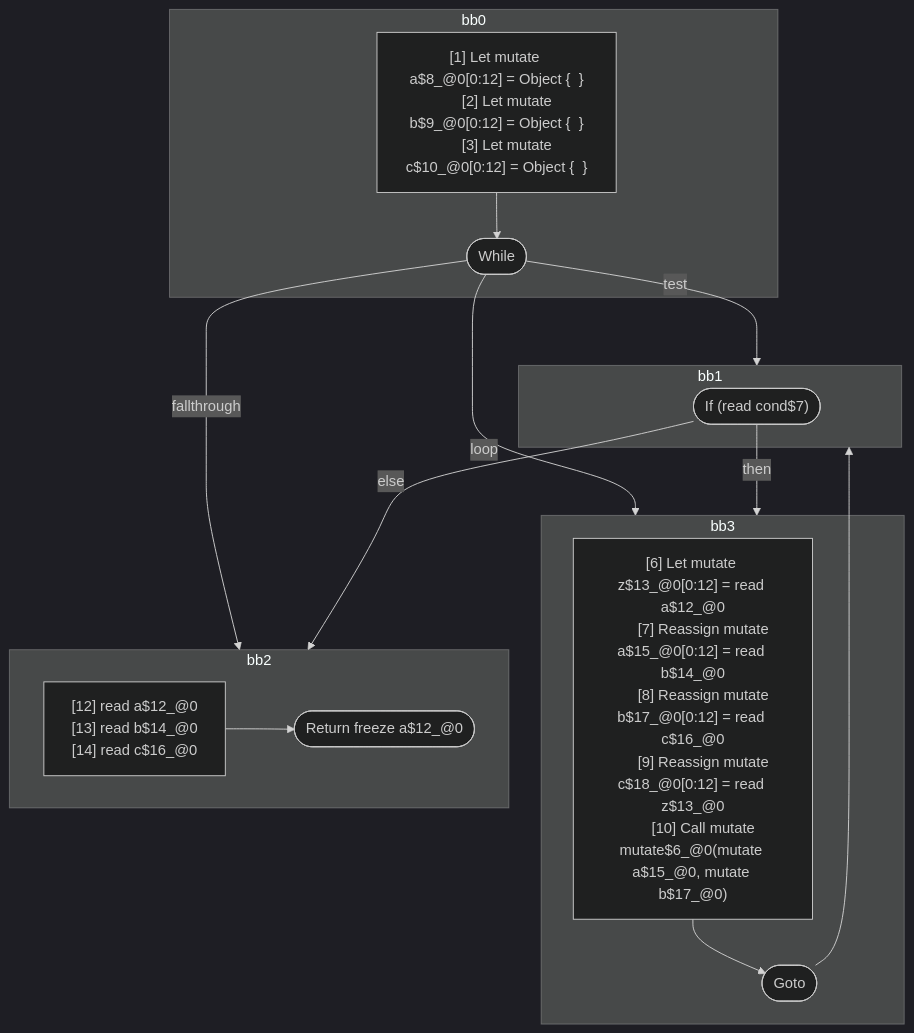
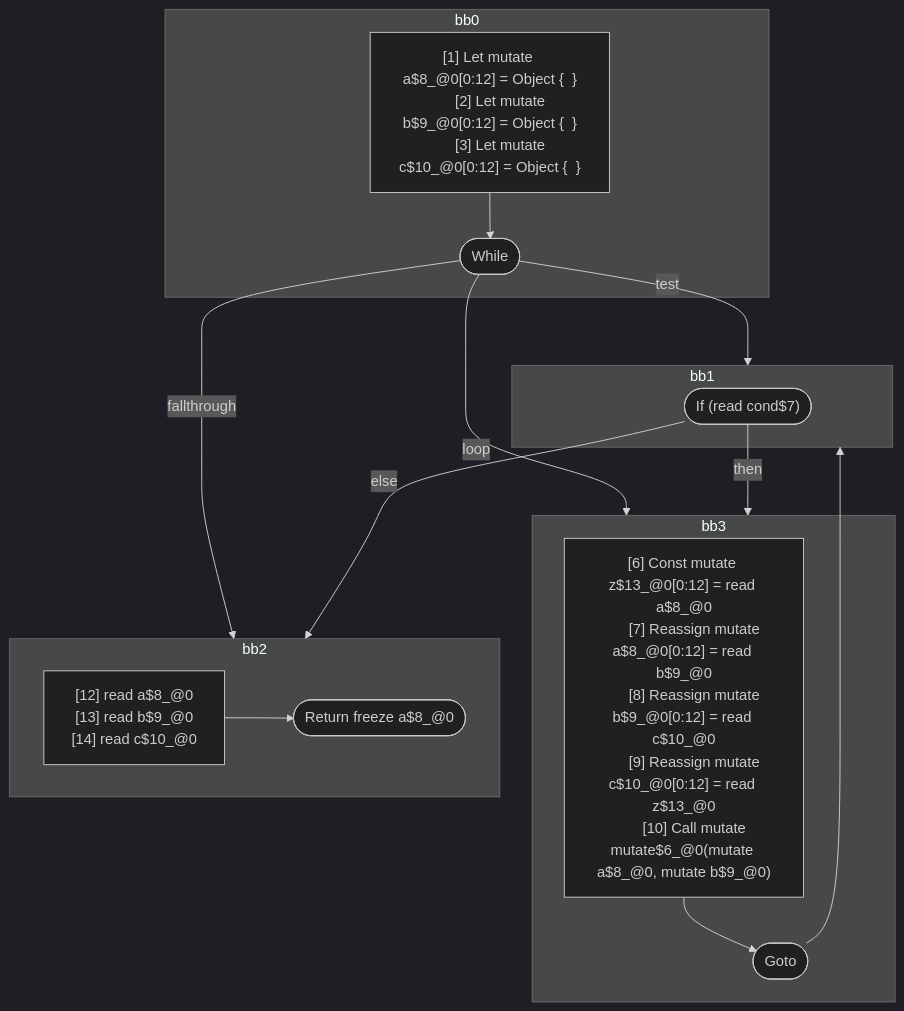
Before and after one commit to wutsmog/private: the first of 2 diagrams in compiler/forget/src/__tests__/fixtures/hir/alias-while.expect.md, drawn with Mermaid (dark theme). The commit also changed other lines of this file and 61 other files, not shown here.

````diff
--- a/compiler/forget/src/__tests__/fixtures/hir/alias-while.expect.md
+++ b/compiler/forget/src/__tests__/fixtures/hir/alias-while.expect.md
@@ -59,42 +56,42 @@
 ```mermaid
 flowchart TB
   %% Basic Blocks
   subgraph bb0
     bb0_instrs["
       [1] Let mutate a$8_@0[0:12] = Object {  }
       [2] Let mutate b$9_@0[0:12] = Object {  }
       [3] Let mutate c$10_@0[0:12] = Object {  }
     "]
     bb0_instrs --> bb0_terminal(["While"])
   end
   subgraph bb1
     bb1_terminal(["If (read cond$7)"])
   end
   subgraph bb3
     bb3_instrs["
-      [6] Let mutate z$13_@0[0:12] = read a$12_@0
-      [7] Reassign mutate a$15_@0[0:12] = read b$14_@0
-      [8] Reassign mutate b$17_@0[0:12] = read c$16_@0
-      [9] Reassign mutate c$18_@0[0:12] = read z$13_@0
-      [10] Call mutate mutate$6_@0(mutate a$15_@0, mutate b$17_@0)
+      [6] Const mutate z$13_@0[0:12] = read a$8_@0
+      [7] Reassign mutate a$8_@0[0:12] = read b$9_@0
+      [8] Reassign mutate b$9_@0[0:12] = read c$10_@0
+      [9] Reassign mutate c$10_@0[0:12] = read z$13_@0
+      [10] Call mutate mutate$6_@0(mutate a$8_@0, mutate b$9_@0)
     "]
     bb3_instrs --> bb3_terminal(["Goto"])
   end
   subgraph bb2
     bb2_instrs["
-      [12] read a$12_@0
-      [13] read b$14_@0
-      [14] read c$16_@0
+      [12] read a$8_@0
+      [13] read b$9_@0
+      [14] read c$10_@0
     "]
-    bb2_instrs --> bb2_terminal(["Return freeze a$12_@0"])
+    bb2_instrs --> bb2_terminal(["Return freeze a$8_@0"])
   end
 
   %% Jumps
   bb0_terminal -- "test" --> bb1
   bb0_terminal -- "loop" --> bb3
   bb0_terminal -- "fallthrough" --> bb2
   bb1_terminal -- "then" --> bb3
   bb1_terminal -- "else" --> bb2
   bb3_terminal --> bb1
 
 ```
````
